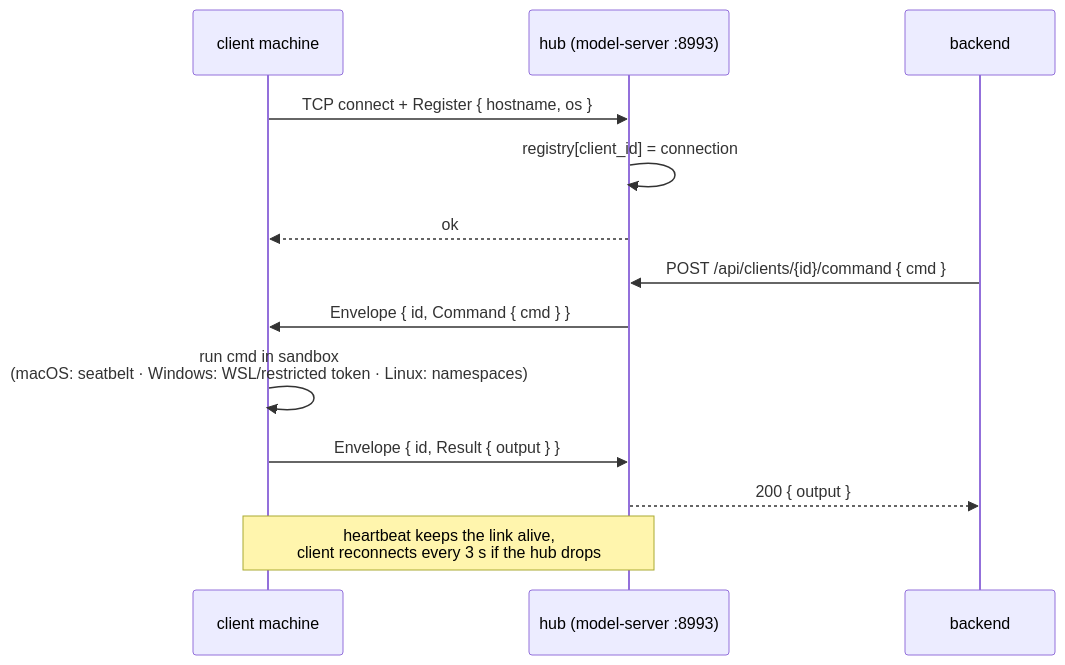
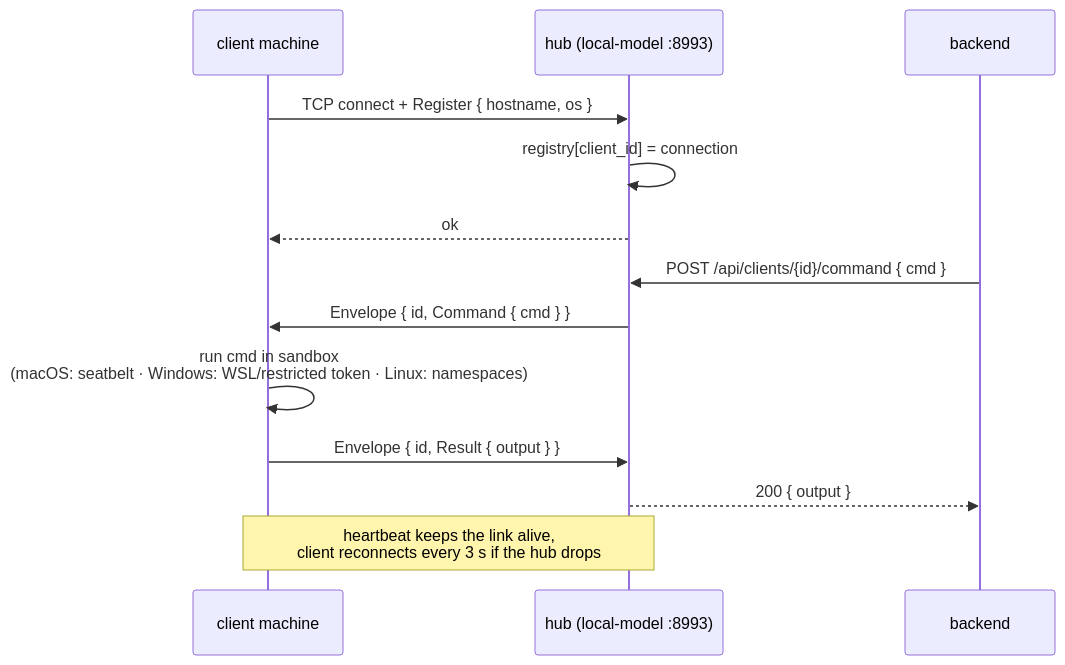
One commit to lidm0707/susutaku changed the third of 8 diagrams in docs/remote-clients.md. Above: the diagram before and after it, drawn with Mermaid. The commit also changed other lines of this file and 87 other files, not shown here.

Commit message:
chat: route unknown agent models to zai like agents-page test; model_server removal, sandbox and codex auth updates

````diff
--- a/docs/remote-clients.md
+++ b/docs/remote-clients.md
@@ -62,15 +62,15 @@
 ```mermaid
 sequenceDiagram
     participant C as client machine
-    participant H as hub (model-server :8993)
+    participant H as hub (local-model :8993)
     participant B as backend
     C->>H: TCP connect + Register { hostname, os }
     H->>H: registry[client_id] = connection
     H-->>C: ok
     B->>H: POST /api/clients/{id}/command { cmd }
     H->>C: Envelope { id, Command { cmd } }
     C->>C: run cmd in sandbox<br/>(macOS: seatbelt · Windows: WSL/restricted token · Linux: namespaces)
     C->>H: Envelope { id, Result { output } }
     H-->>B: 200 { output }
     Note over C,H: heartbeat keeps the link alive,<br/>client reconnects every 3 s if the hub drops
 ```
````
